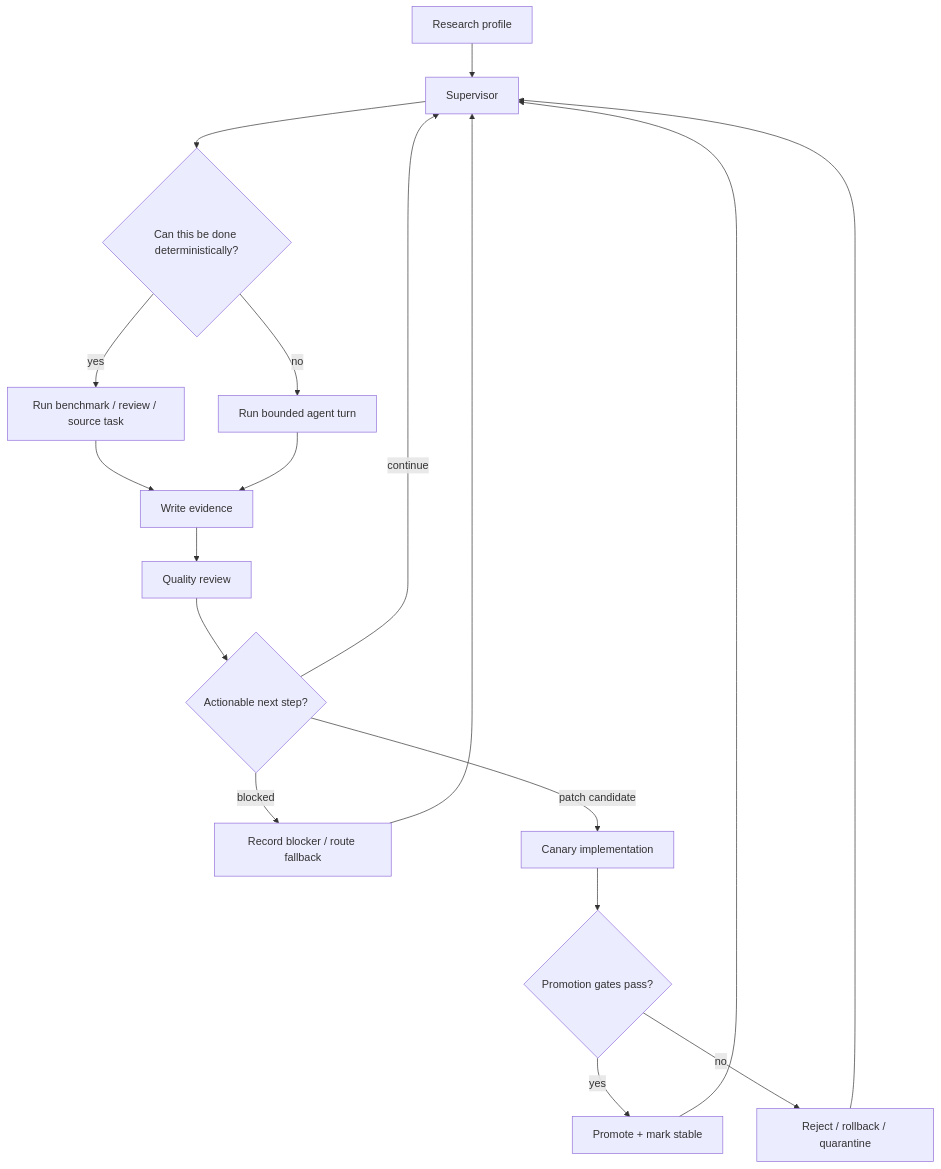
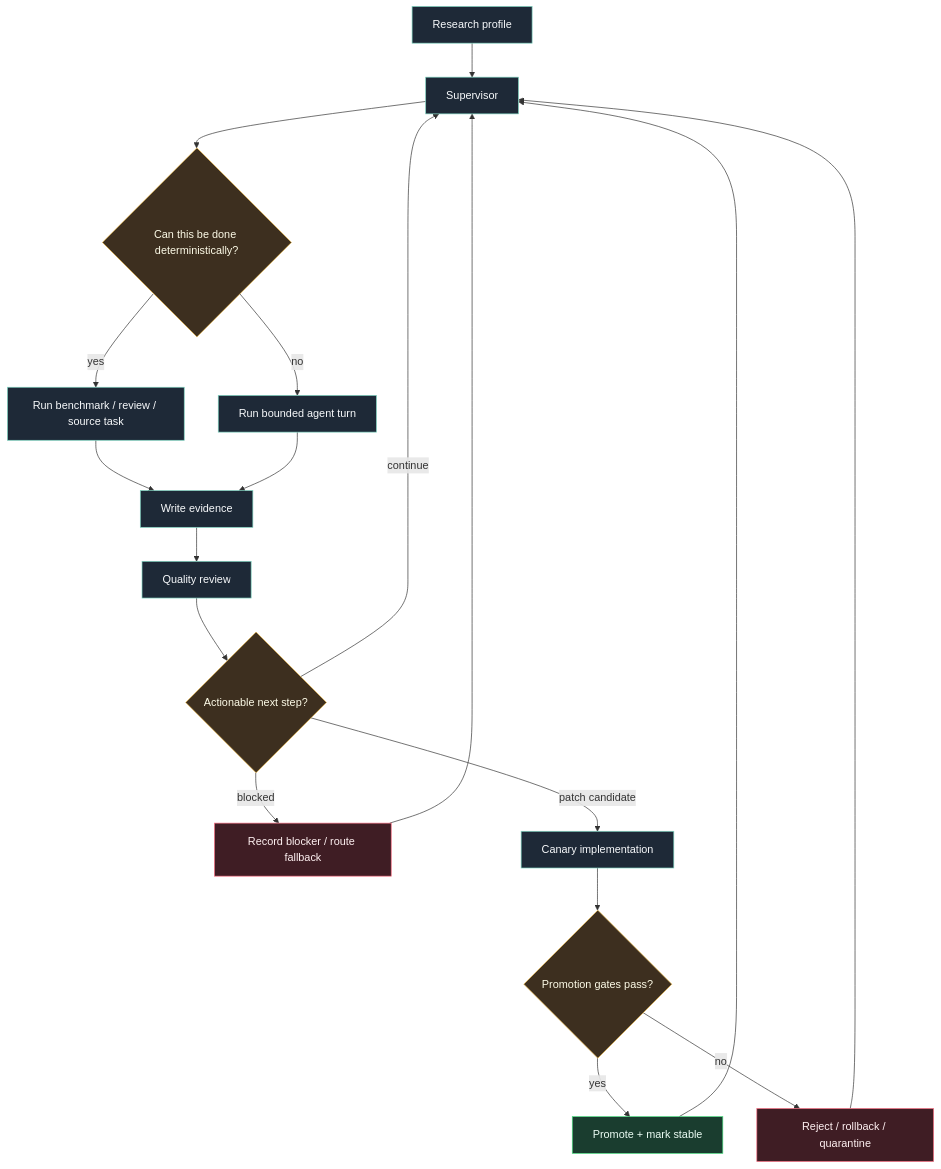
The first of 4 diagrams in README.md (Kristianaaron/openclaw-harness-autoresearch), drawn with Mermaid before and after one commit. The commit also changed other lines of this file and 1 other file, not shown here.

````diff
--- a/README.md
+++ b/README.md
@@ -32,20 +115,25 @@
 ```mermaid
 flowchart TD
-    A["Research profile"] --> B["Supervisor"]
-    B --> C{"Can this be done deterministically?"}
-    C -->|yes| D["Run benchmark / review / source task"]
-    C -->|no| E["Run bounded agent turn"]
-    D --> F["Write evidence"]
+    classDef box fill:#1e2937,stroke:#7dd3c0,color:#f8fafc
+    classDef decide fill:#3d2f1f,stroke:#e7b549,color:#fefce8
+    classDef ok fill:#1a3d2f,stroke:#4ade80,color:#ecfdf5
+    classDef stop fill:#3f1d24,stroke:#fb7185,color:#fff1f2
+
+    A["Research profile"]:::box --> B["Supervisor"]:::box
+    B --> C{"Can this be done deterministically?"}:::decide
+    C -->|yes| D["Run benchmark / review / source task"]:::box
+    C -->|no| E["Run bounded agent turn"]:::box
+    D --> F["Write evidence"]:::box
     E --> F
-    F --> G["Quality review"]
-    G --> H{"Actionable next step?"}
+    F --> G["Quality review"]:::box
+    G --> H{"Actionable next step?"}:::decide
     H -->|continue| B
-    H -->|blocked| I["Record blocker / route fallback"]
-    H -->|patch candidate| J["Canary implementation"]
+    H -->|blocked| I["Record blocker / route fallback"]:::stop
+    H -->|patch candidate| J["Canary implementation"]:::box
     I --> B
-    J --> K{"Promotion gates pass?"}
-    K -->|yes| L["Promote + mark stable"]
-    K -->|no| M["Reject / rollback / quarantine"]
+    J --> K{"Promotion gates pass?"}:::decide
+    K -->|yes| L["Promote + mark stable"]:::ok
+    K -->|no| M["Reject / rollback / quarantine"]:::stop
     L --> B
     M --> B
 ```
````
